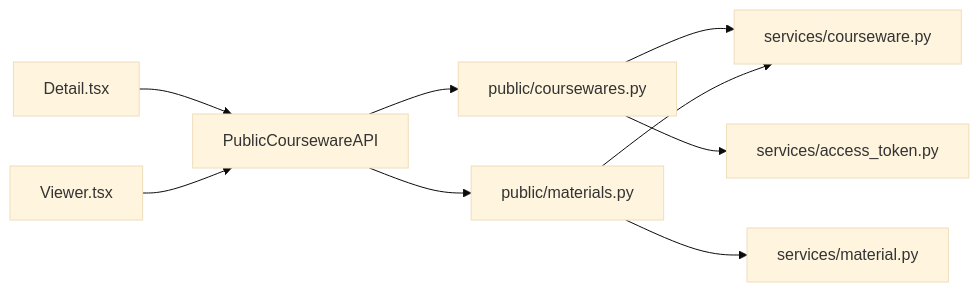
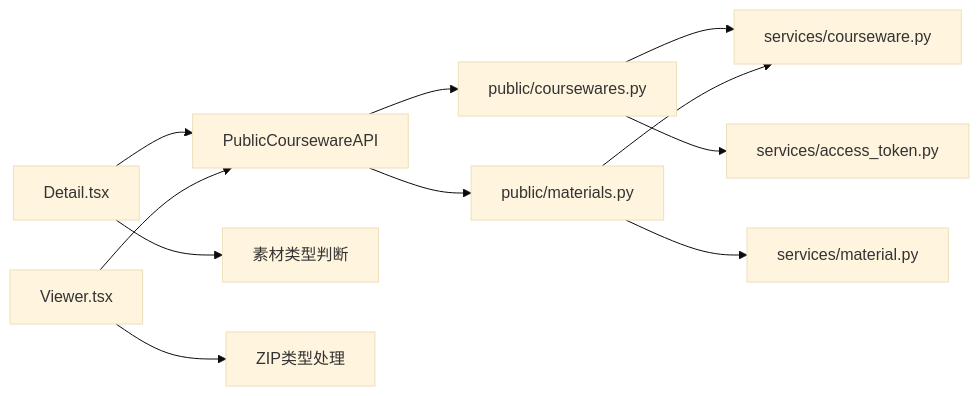
Before and after one commit to leo21cn/ai-learning-hub: the sixth of 6 diagrams in .qoder/repowiki/zh/content/前端开发指南/页面开发/前台页面开发/课件详情页面.md, drawn with Mermaid (base theme). The commit also changed other lines of this file and 41 other files, not shown here.

````diff
--- a/.qoder/repowiki/zh/content/前端开发指南/页面开发/前台页面开发/课件详情页面.md
+++ b/.qoder/repowiki/zh/content/前端开发指南/页面开发/前台页面开发/课件详情页面.md
@@ -346,11 +396,13 @@
 ```mermaid
 graph LR
 D["Detail.tsx"] --> API["PublicCoursewareAPI"]
 V["Viewer.tsx"] --> API
 API --> CW_API["public/coursewares.py"]
 API --> MAT_API["public/materials.py"]
 CW_API --> CW_SVC["services/courseware.py"]
 CW_API --> TK_SVC["services/access_token.py"]
 MAT_API --> MAT_SVC["services/material.py"]
 MAT_API --> CW_SVC
+D --> TypeCheck["素材类型判断"]
+V --> ZipHandler["ZIP类型处理"]
 ```
````
